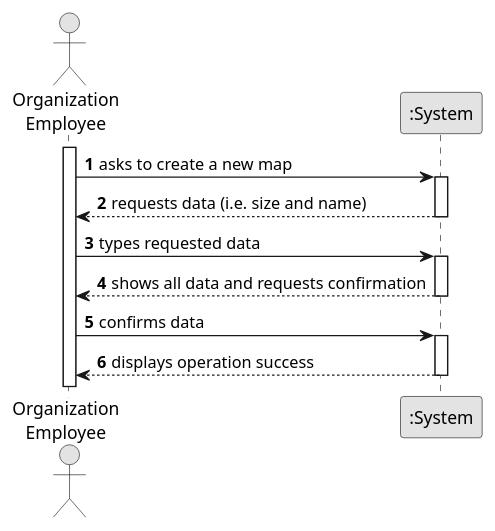
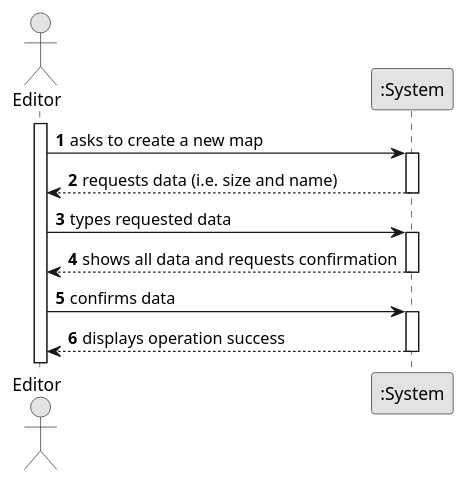
The diagram in docs/system-documentation/US001/01.requirements-engineering/puml/US001-SSD.puml (bruno-monteiro5/sem2-pi-24.25-g132-repo), drawn with PlantUML before and after one commit. The commit also changed 2 other files, not shown here.

```diff
--- a/docs/system-documentation/US001/01.requirements-engineering/puml/US001-SSD.puml
+++ b/docs/system-documentation/US001/01.requirements-engineering/puml/US001-SSD.puml
@@ -1,32 +1,32 @@
 @startuml
 skinparam monochrome true
 skinparam packageStyle rectangle
 skinparam shadowing false
 
 autonumber
 
-actor "Organization\nEmployee" as Employee
+actor "Editor" as Editor
 participant ":System" as System
 
-activate Employee
+activate Editor
 
-    Employee -> System : asks to create a new map
+    Editor -> System : asks to create a new map
     activate System
 
 
 
-        System --> Employee : requests data (i.e. size and name)
+        System --> Editor : requests data (i.e. size and name)
     deactivate System
 
-    Employee -> System : types requested data
+    Editor -> System : types requested data
     activate System
 
-        System --> Employee : shows all data and requests confirmation
+        System --> Editor : shows all data and requests confirmation
     deactivate System
 
-    Employee -> System : confirms data
+    Editor -> System : confirms data
     activate System
 
-        System --> Employee : displays operation success
+        System --> Editor : displays operation success
     deactivate System
 @enduml
```
